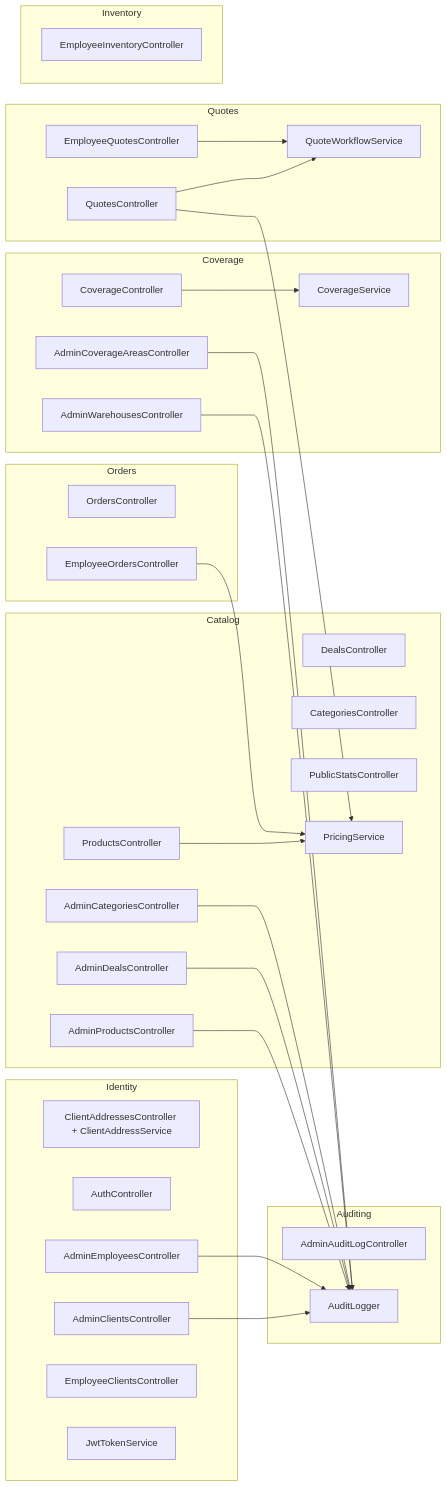
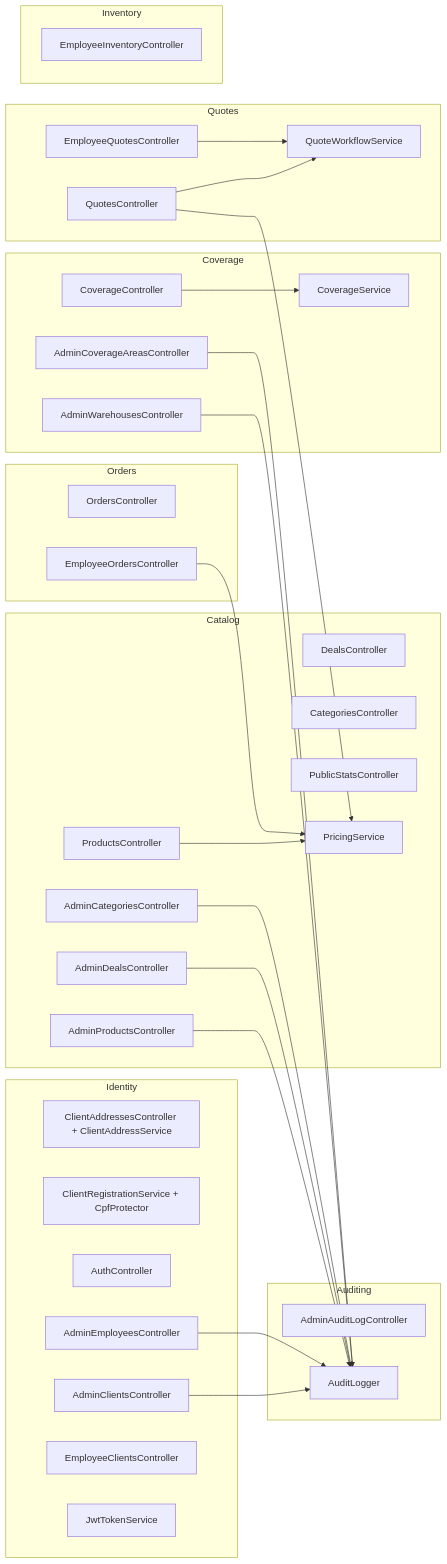
The third of 12 diagrams in architecture.md (GucciVanin/MarviWebsite), drawn with Mermaid before and after one commit. The commit also changed other lines of this file and 109 other files, not shown here.

First line of the commit message:
MRV-9.4: business and personal accounts, CNPJ, CPF and registration data

````diff
--- a/architecture.md
+++ b/architecture.md
@@ -104,48 +104,49 @@
 ```mermaid
 flowchart LR
     subgraph Identity
         I6[ClientAddressesController + ClientAddressService]
+        I7[ClientRegistrationService + CpfProtector]
         I1[AuthController]
         I2[AdminClientsController]
         I3[AdminEmployeesController]
         I4[EmployeeClientsController]
         I5[JwtTokenService]
     end
     subgraph Catalog
         C1[ProductsController]
         C2[DealsController]
         C3[AdminProductsController]
         C4[AdminDealsController]
         C6[CategoriesController]
         C7[AdminCategoriesController]
         C8[PublicStatsController]
         C5[PricingService]
     end
     subgraph Coverage
         V1[CoverageController]
         V2[AdminWarehousesController]
         V3[AdminCoverageAreasController]
         V4[CoverageService]
     end
     subgraph Quotes
         Q1[QuotesController]
         Q2[EmployeeQuotesController]
         Q3[QuoteWorkflowService]
     end
     subgraph Orders
         O1[OrdersController]
         O2[EmployeeOrdersController]
     end
     subgraph Inventory
         N1[EmployeeInventoryController]
     end
     subgraph Auditing
         A1[AdminAuditLogController]
         A2[AuditLogger]
     end
 
     C1 & O2 & Q1 --> C5
     Q1 & Q2 --> Q3
     V1 --> V4
     I2 & I3 & C3 & C4 & C7 & V2 & V3 --> A2
 ```
````
